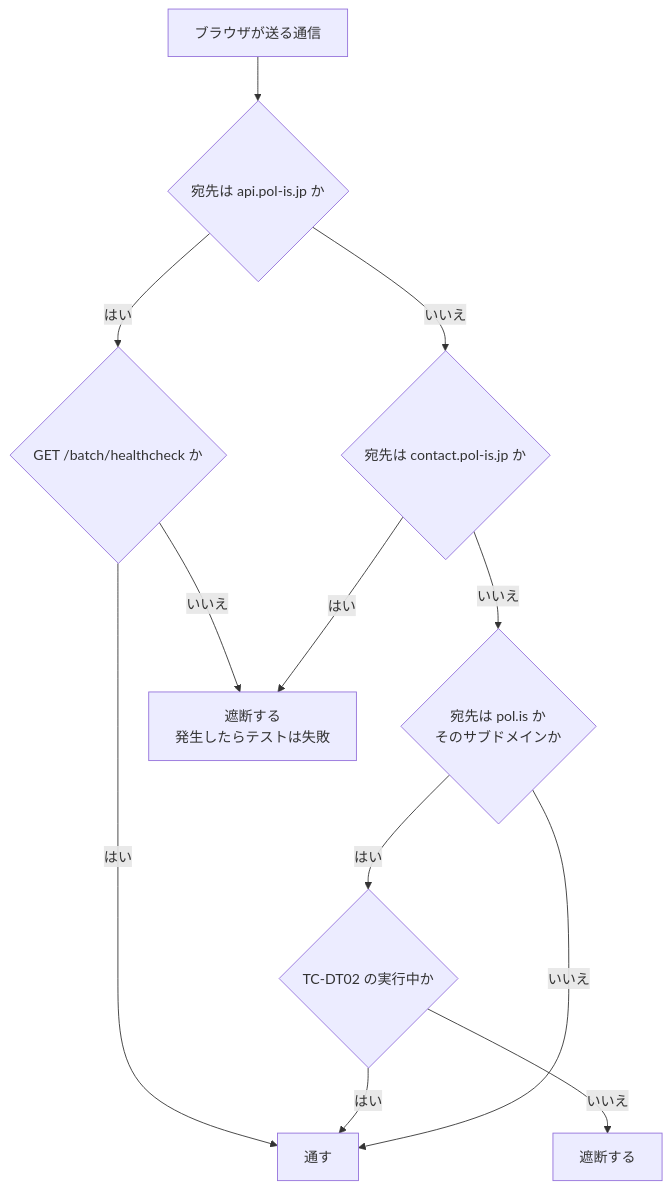
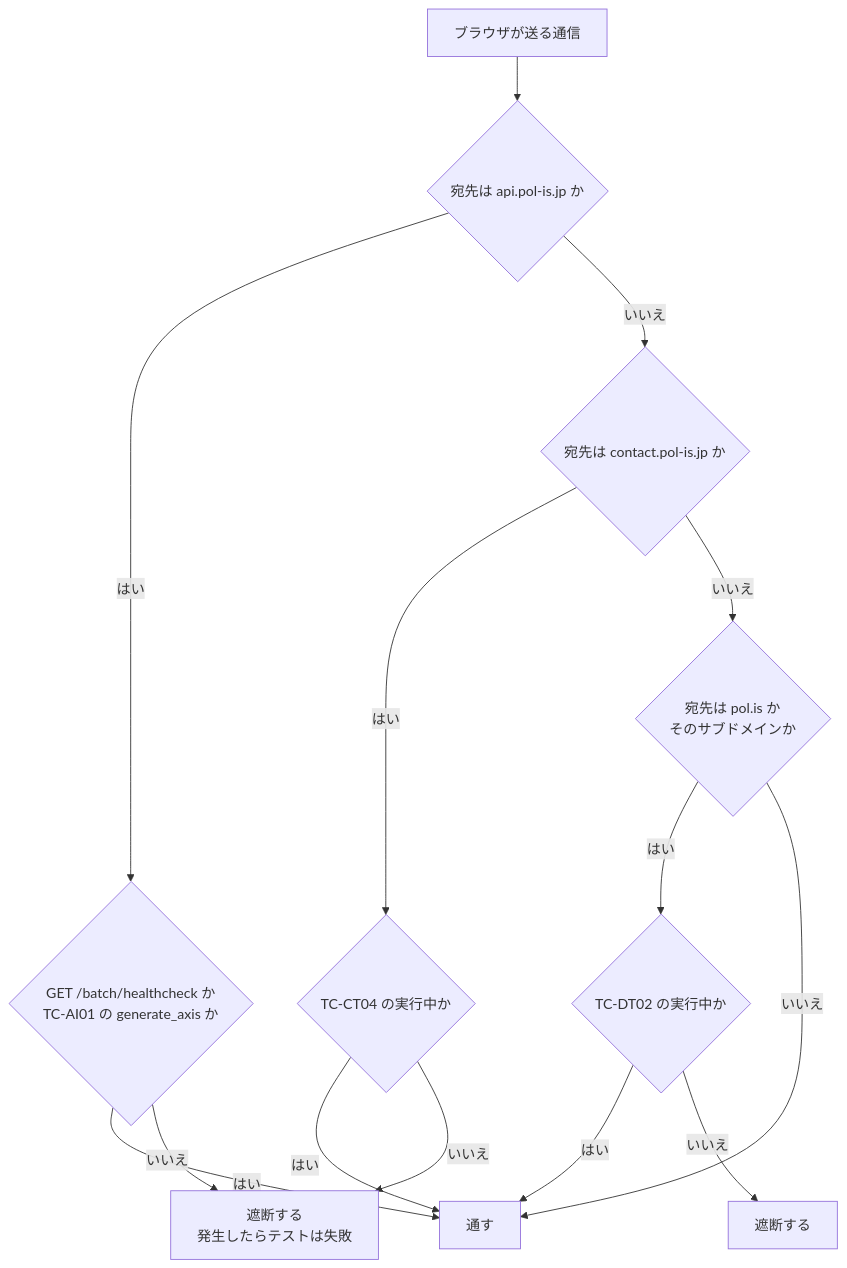
One commit to PolisJAPAN/PolisJAPAN changed the second of 3 diagrams in docs/本番定期テストケース.md. Above: the diagram before and after it, drawn with Mermaid. The commit also changed other lines of this file and 2 other files, not shown here.

````diff
--- a/docs/本番定期テストケース.md
+++ b/docs/本番定期テストケース.md
@@ -78,23 +93,26 @@
 ```mermaid
 flowchart TD
   req["ブラウザが送る通信"]
   d1{"宛先は api.pol-is.jp か"}
-  d1g{"GET /batch/healthcheck か"}
+  d1g{"GET /batch/healthcheck か<br/>TC-AI01 の generate_axis か"}
   d2{"宛先は contact.pol-is.jp か"}
+  d2t{"TC-CT04 の実行中か"}
   d3{"宛先は pol.is か<br/>そのサブドメインか"}
   d3t{"TC-DT02 の実行中か"}
   pass["通す"]
   blockF["遮断する<br/>発生したらテストは失敗"]
   blockP["遮断する"]
   req --> d1
   d1 -->|"はい"| d1g
   d1g -->|"はい"| pass
   d1g -->|"いいえ"| blockF
   d1 -->|"いいえ"| d2
-  d2 -->|"はい"| blockF
+  d2 -->|"はい"| d2t
+  d2t -->|"はい"| pass
+  d2t -->|"いいえ"| blockF
   d2 -->|"いいえ"| d3
   d3 -->|"はい"| d3t
   d3t -->|"はい"| pass
   d3t -->|"いいえ"| blockP
   d3 -->|"いいえ"| pass
 ```
````
